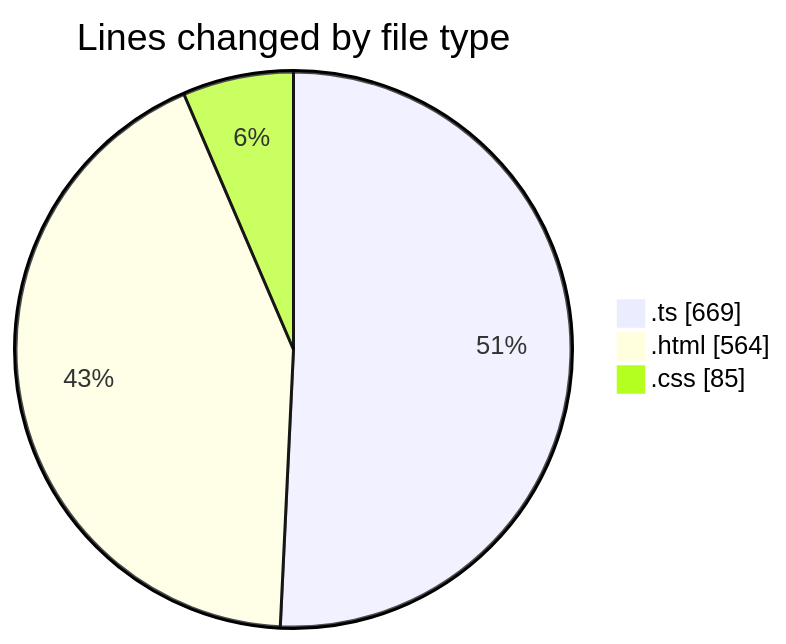
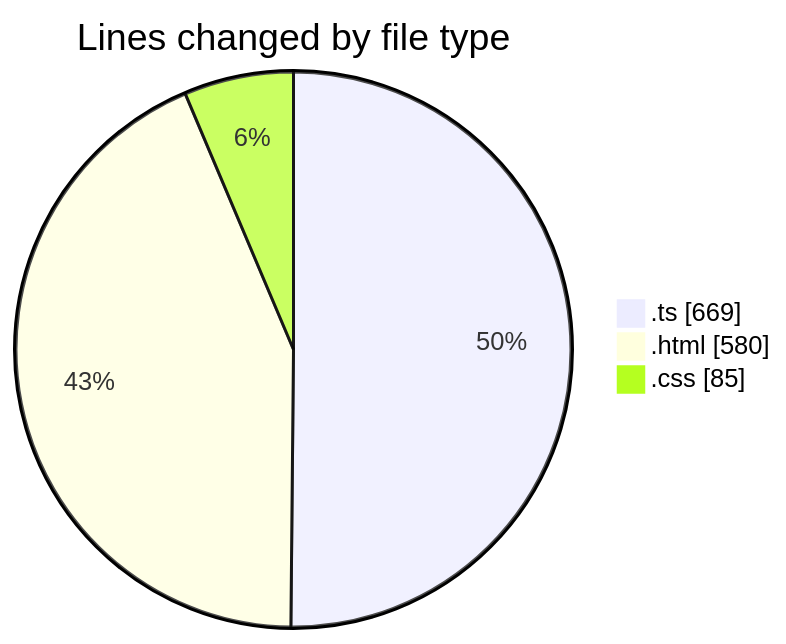
Before and after one commit to igalym/code-tracking: the first of 2 diagrams in 2025-12-29/budget_front_nest/README.md, drawn with Mermaid. The commit also changed other lines of this file and 1 other file, not shown here.

````diff
--- a/2025-12-29/budget_front_nest/README.md
+++ b/2025-12-29/budget_front_nest/README.md
@@ -24,7 +24,7 @@
 ```mermaid
 pie showData
 title Lines changed by file type
 ".ts" : 669
-".html" : 564
+".html" : 580
 ".css" : 85
 ```
````
